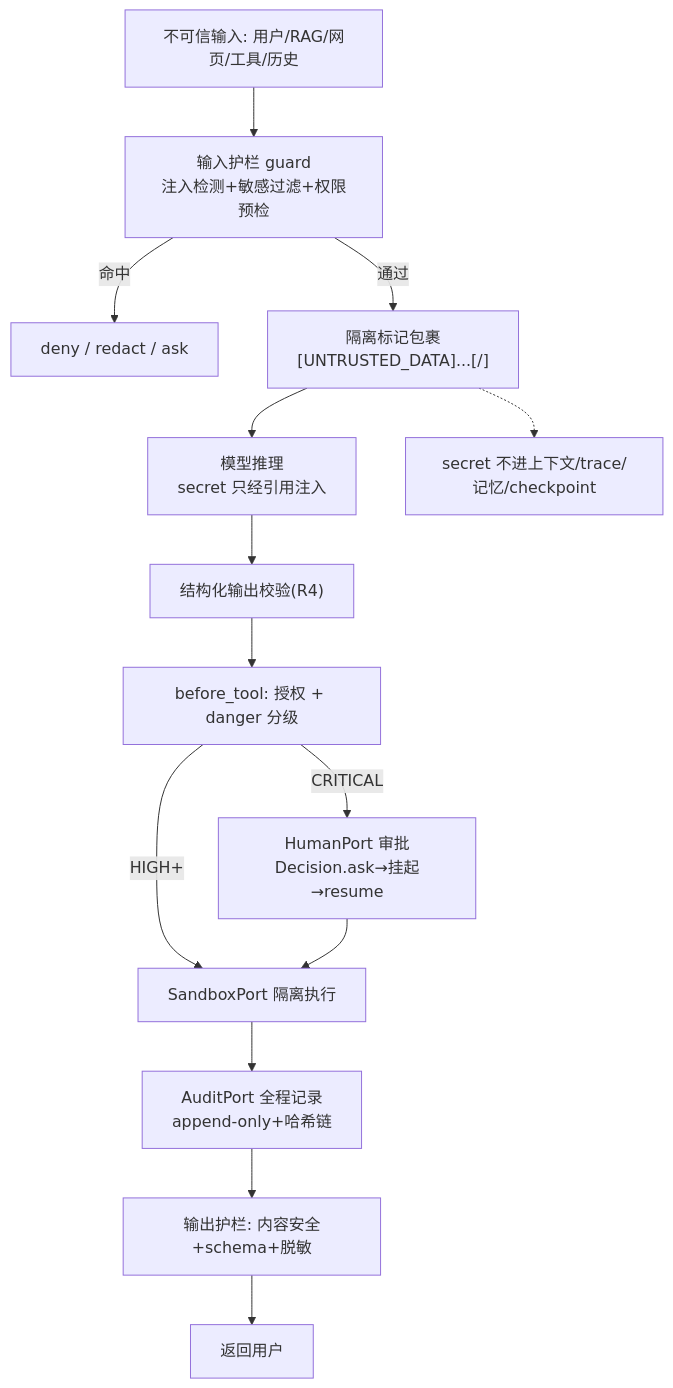
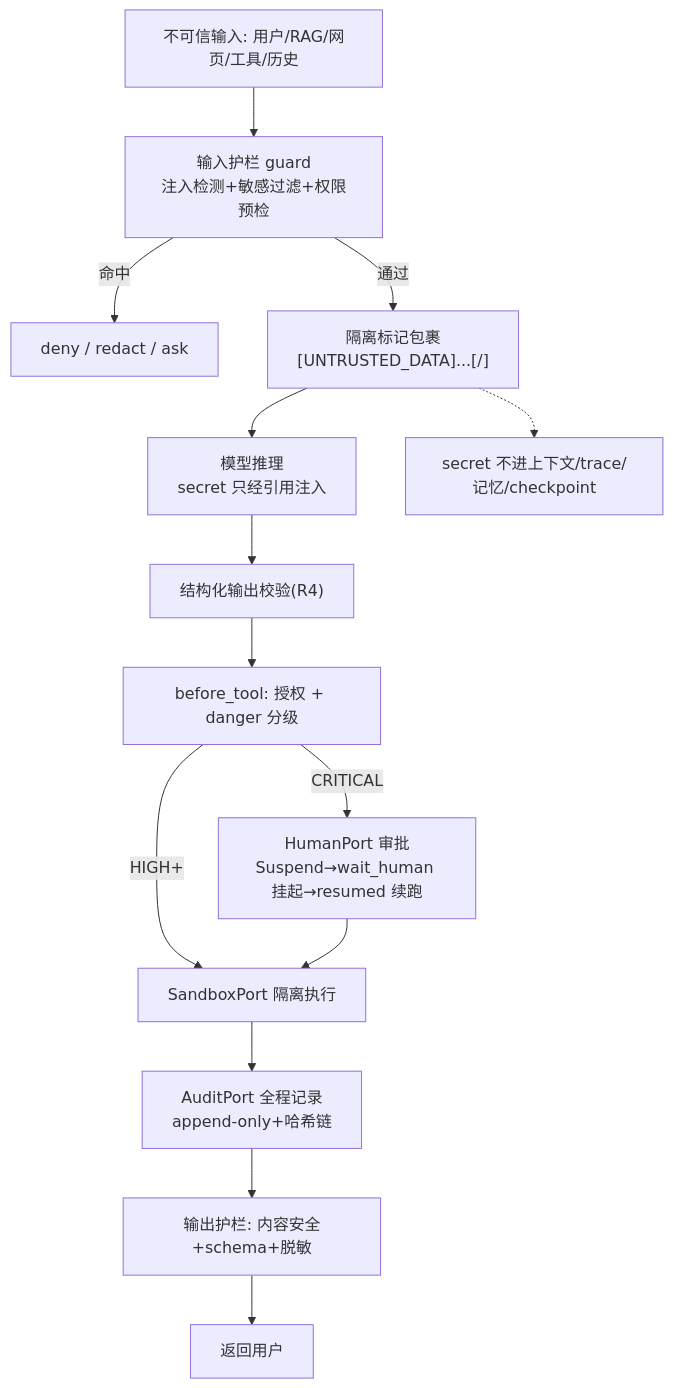
Diagram 11 of 13 in docs/01-总览与设计/AGENT-总设计.md (sao-lang/lll), drawn with Mermaid before and after one commit. The commit also changed other lines of this file and 127 other files, not shown here.

````diff
--- a/docs/01-总览与设计/AGENT-总设计.md
+++ b/docs/01-总览与设计/AGENT-总设计.md
@@ -1273,16 +1407,16 @@
 ```mermaid
 flowchart TD
     IN["不可信输入: 用户/RAG/网页/工具/历史"] --> GUARD["输入护栏 guard<br/>注入检测+敏感过滤+权限预检"]
     GUARD -->|命中| DENY["deny / redact / ask"]
     GUARD -->|通过| ISO["隔离标记包裹<br/>[UNTRUSTED_DATA]...[/]"]
     ISO --> MODEL["模型推理<br/>secret 只经引用注入"]
     MODEL --> OUTSTR["结构化输出校验(R4)"]
     OUTSTR --> AUTH["before_tool: 授权 + danger 分级"]
-    AUTH -->|CRITICAL| APPROVE["HumanPort 审批<br/>Decision.ask→挂起→resume"]
+    AUTH -->|CRITICAL| APPROVE["HumanPort 审批<br/>Suspend→wait_human 挂起→resumed 续跑"]
     AUTH -->|HIGH+| SANDBOX["SandboxPort 隔离执行"]
     APPROVE --> SANDBOX
     SANDBOX --> AUDIT["AuditPort 全程记录<br/>append-only+哈希链"]
     AUDIT --> OUTG["输出护栏: 内容安全+schema+脱敏"]
     OUTG --> RES["返回用户"]
     ISO -.-> SECRET["secret 不进上下文/trace/记忆/checkpoint"]
 ```
````
